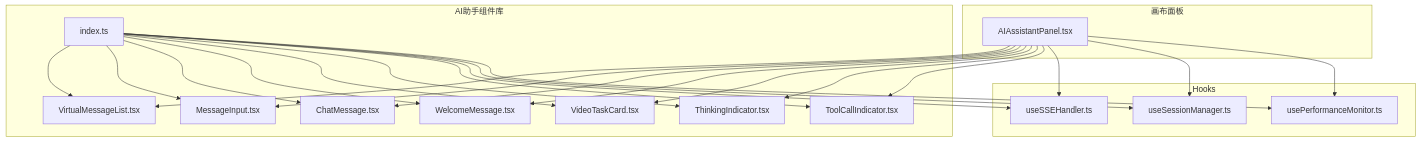
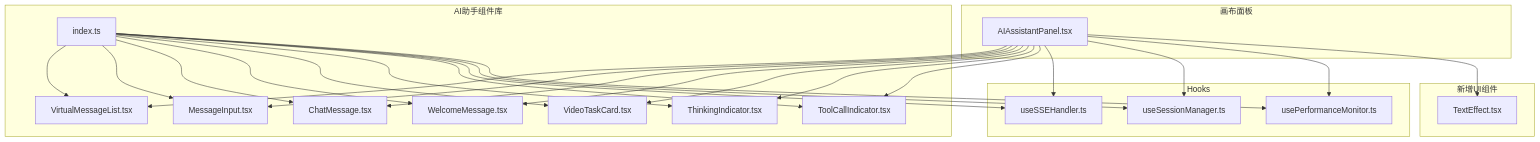
One commit to KunLabAI/KunFlix changed the first of 10 diagrams in .qoder/repowiki/zh/content/前端组件系统/AI助手组件/AI助手组件.md. Above: the diagram before and after it, drawn with Mermaid. The commit also changed other lines of this file and 21 other files, not shown here.

````diff
--- a/.qoder/repowiki/zh/content/前端组件系统/AI助手组件/AI助手组件.md
+++ b/.qoder/repowiki/zh/content/前端组件系统/AI助手组件/AI助手组件.md
@@ -65,41 +70,45 @@
 ```mermaid
 graph TB
 subgraph "画布面板"
 AIP["AIAssistantPanel.tsx"]
 end
 subgraph "AI助手组件库"
 VML["VirtualMessageList.tsx"]
 MI["MessageInput.tsx"]
 CM["ChatMessage.tsx"]
 WM["WelcomeMessage.tsx"]
 VTC["VideoTaskCard.tsx"]
 TI["ThinkingIndicator.tsx"]
 TCI["ToolCallIndicator.tsx"]
 IDX["index.ts"]
+end
+subgraph "新增UI组件"
+TE["TextEffect.tsx"]
 end
 subgraph "Hooks"
 SSE["useSSEHandler.ts"]
 SM["useSessionManager.ts"]
 PM["usePerformanceMonitor.ts"]
 end
 AIP --> VML
 AIP --> MI
 AIP --> CM
 AIP --> WM
 AIP --> VTC
 AIP --> TI
 AIP --> TCI
 AIP --> SSE
 AIP --> SM
 AIP --> PM
+AIP --> TE
 IDX --> VML
 IDX --> MI
 IDX --> CM
 IDX --> WM
 IDX --> VTC
 IDX --> TI
 IDX --> TCI
 IDX --> SSE
 IDX --> SM
 IDX --> PM
 ```
````
